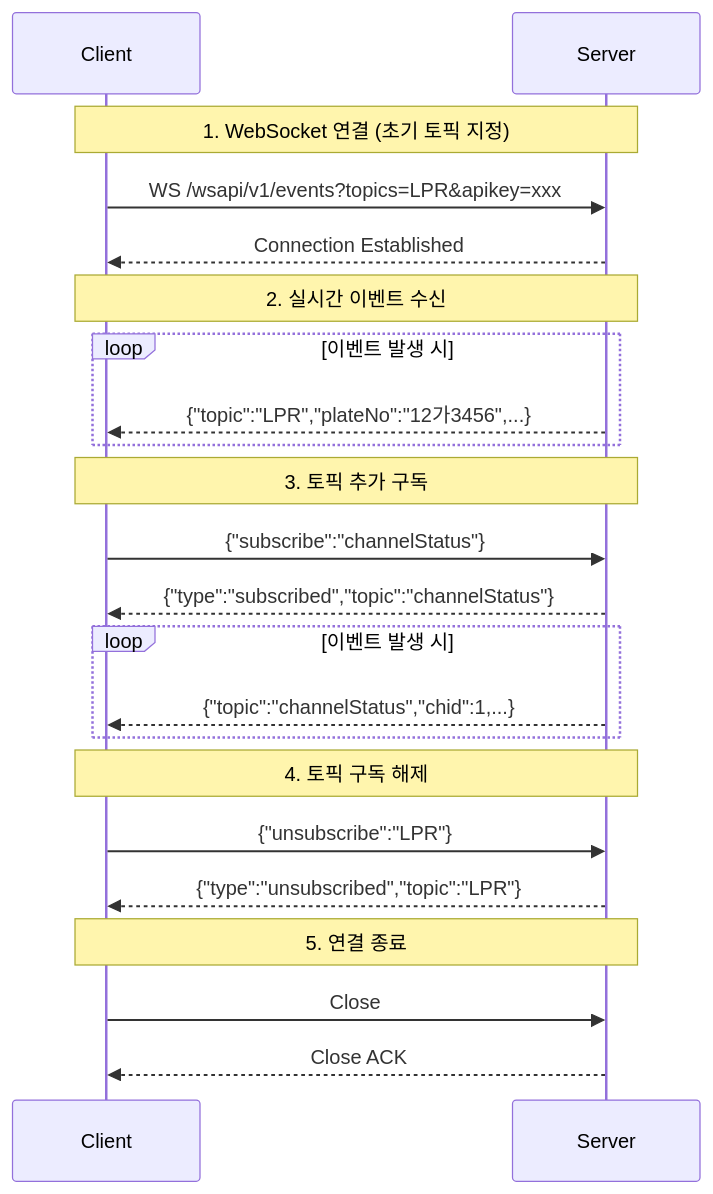
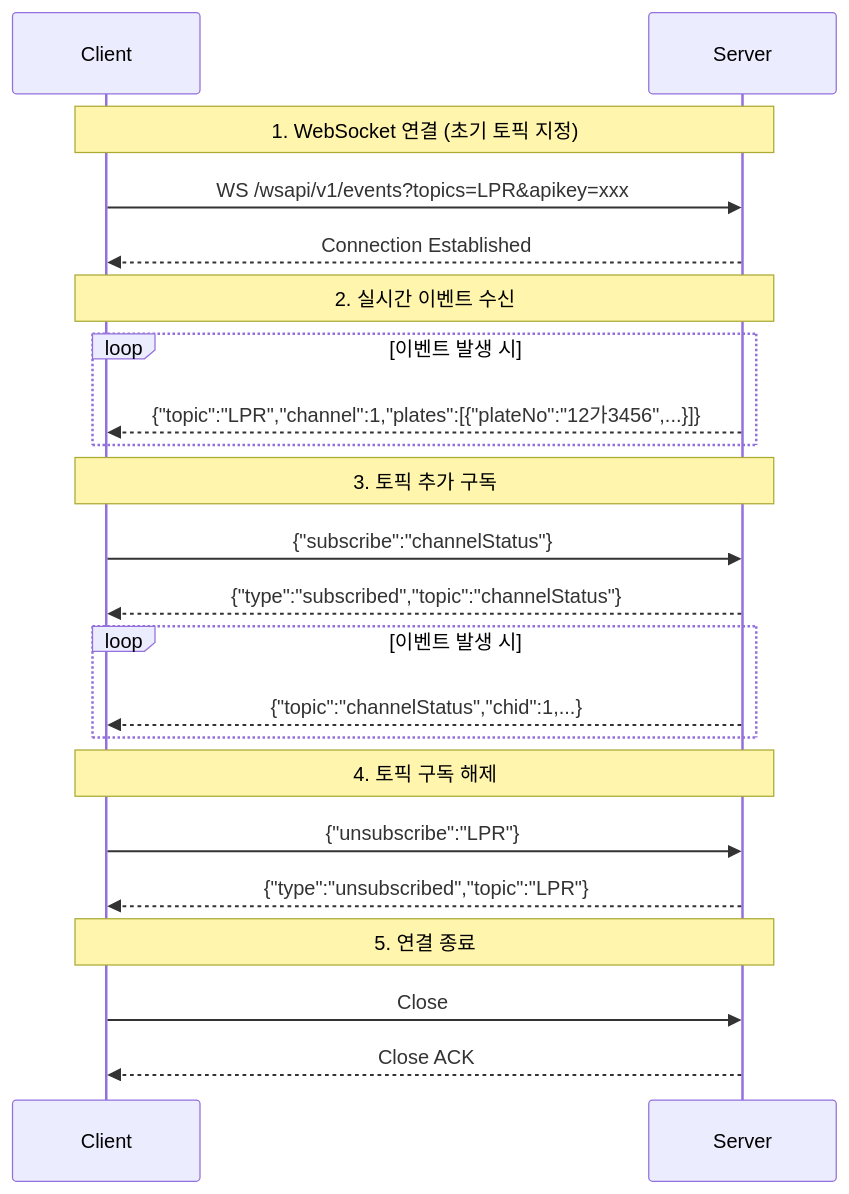
The fifth of 6 diagrams in v1/tsapi-v1.ko.md (bobhyun/TS-API), drawn with Mermaid before and after one commit. The commit also changed other lines of this file and 3 other files, not shown here.

````diff
--- a/v1/tsapi-v1.ko.md
+++ b/v1/tsapi-v1.ko.md
@@ -2106,29 +2106,29 @@
 ```mermaid
 sequenceDiagram
     participant Client
     participant Server
 
     Note over Client,Server: 1. WebSocket 연결 (초기 토픽 지정)
     Client->>Server: WS /wsapi/v1/events?topics=LPR&apikey=xxx
     Server-->>Client: Connection Established
 
     Note over Client,Server: 2. 실시간 이벤트 수신
     loop 이벤트 발생 시
-        Server-->>Client: {"topic":"LPR","plateNo":"12가3456",...}
+        Server-->>Client: {"topic":"LPR","channel":1,"plates":[{"plateNo":"12가3456",...}]}
     end
 
     Note over Client,Server: 3. 토픽 추가 구독
     Client->>Server: {"subscribe":"channelStatus"}
     Server-->>Client: {"type":"subscribed","topic":"channelStatus"}
     loop 이벤트 발생 시
         Server-->>Client: {"topic":"channelStatus","chid":1,...}
     end
 
     Note over Client,Server: 4. 토픽 구독 해제
     Client->>Server: {"unsubscribe":"LPR"}
     Server-->>Client: {"type":"unsubscribed","topic":"LPR"}
 
     Note over Client,Server: 5. 연결 종료
     Client->>Server: Close
     Server-->>Client: Close ACK
 ```
````
